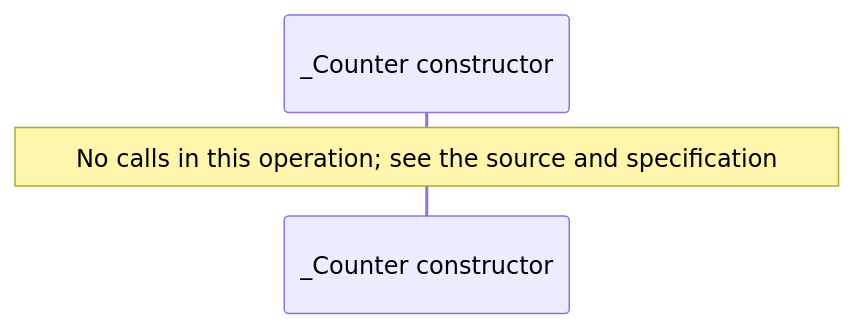
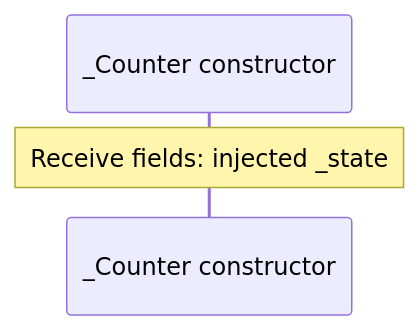
The tenth of 12 diagrams in docs/examples/approved-design/counters-diagrams.md (GreenPandaStudios/augscript), drawn with Mermaid before and after one commit. The commit also changed other lines of this file and 289 other files, not shown here.

Commit message:
Correct diagram control flow and complete generated wiki navigation

````diff
--- a/docs/examples/approved-design/counters-diagrams.md
+++ b/docs/examples/approved-design/counters-diagrams.md
@@ -152,6 +152,6 @@
 ```mermaid
 sequenceDiagram
     participant p0 as _Counter constructor
 
-    Note over p0: No calls in this operation#59; see the source and specification
+    Note over p0: Receive fields: injected _state
 ```
````
